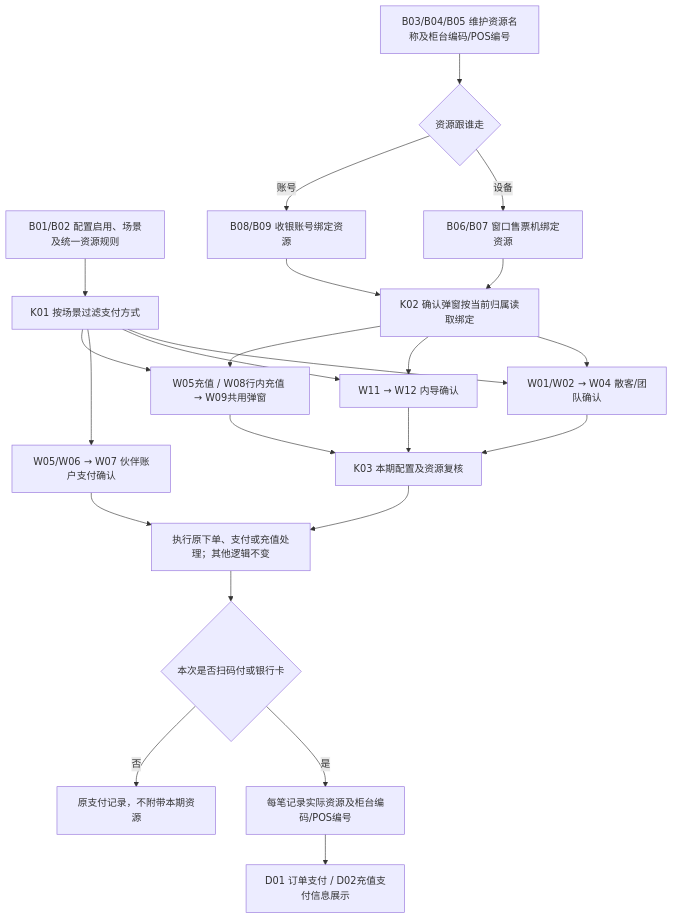
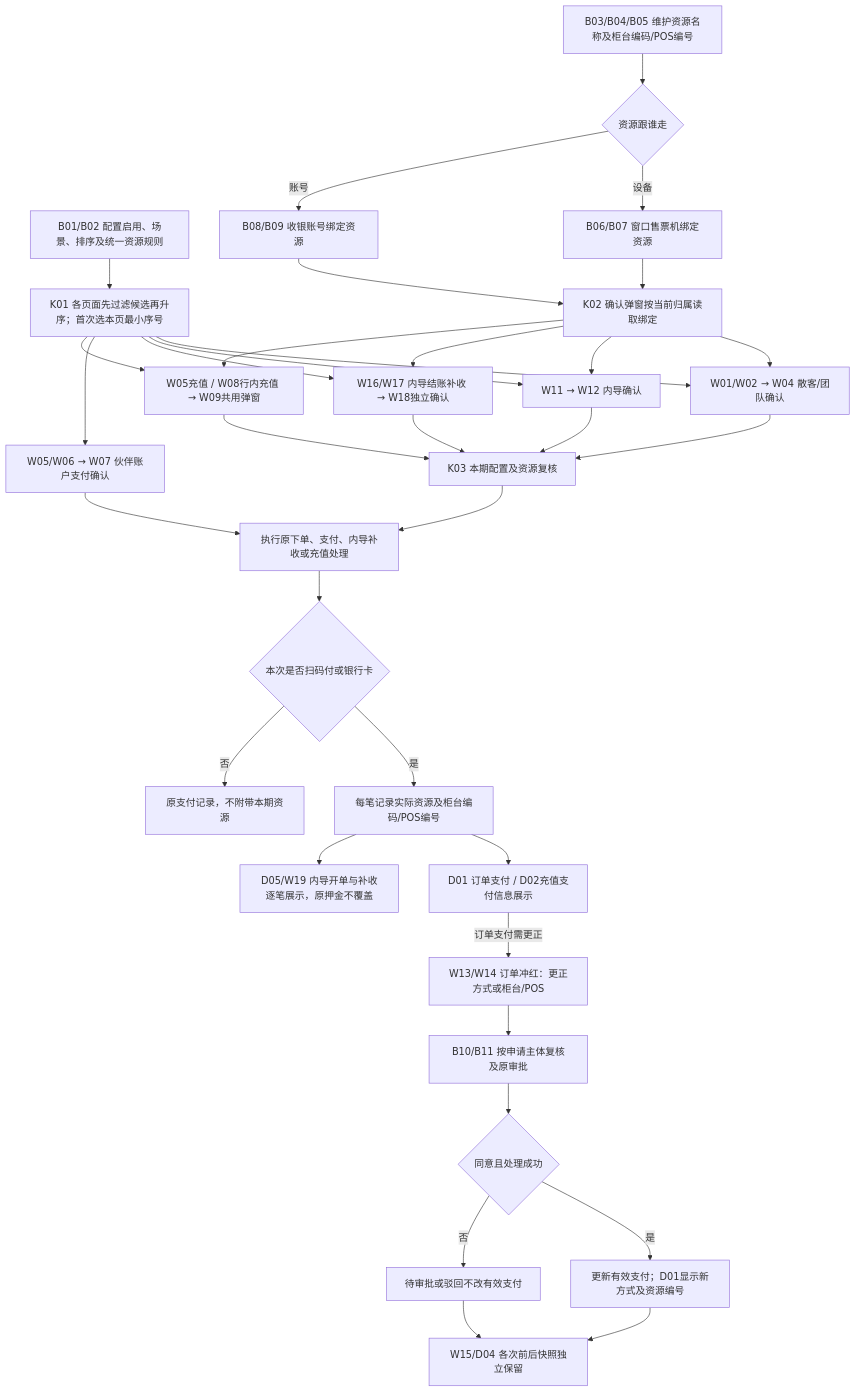
The first of 12 diagrams in dev-test-versions/2026-v3.6-payment-configuration-20261019/02-全程流程图.md (susantung/yanuoda), drawn with Mermaid before and after one commit. The commit also changed other lines of this file and 33 other files, not shown here.

````diff
--- a/dev-test-versions/2026-v3.6-payment-configuration-20261019/02-全程流程图.md
+++ b/dev-test-versions/2026-v3.6-payment-configuration-20261019/02-全程流程图.md
@@ -11,25 +11,36 @@
 ```mermaid
 flowchart TB
-  B01[B01/B02 配置启用、场景及统一资源规则] --> FILTER[K01 按场景过滤支付方式]
+  B01[B01/B02 配置启用、场景、排序及统一资源规则] --> FILTER[K01 各页面先过滤候选再升序；首次选本页最小序号]
   B03[B03/B04/B05 维护资源名称及柜台编码/POS编号] --> OWNER{资源跟谁走}
   OWNER -->|设备| B07[B06/B07 窗口售票机绑定资源]
   OWNER -->|账号| B09[B08/B09 收银账号绑定资源]
   B07 --> K02[K02 确认弹窗按当前归属读取绑定]
   B09 --> K02
   FILTER --> W04[W01/W02 → W04 散客/团队确认]
   FILTER --> W12[W11 → W12 内导确认]
+  FILTER --> W18[W16/W17 内导结账补收 → W18独立确认]
   FILTER --> W07[W05/W06 → W07 伙伴账户支付确认]
   FILTER --> W09[W05充值 / W08行内充值 → W09共用弹窗]
   K02 --> W04
   K02 --> W12
+  K02 --> W18
   K02 --> W09
   W04 --> CHECK[K03 本期配置及资源复核]
   W12 --> CHECK
+  W18 --> CHECK
   W09 --> CHECK
-  CHECK --> ORIG[执行原下单、支付或充值处理；其他逻辑不变]
+  CHECK --> ORIG[执行原下单、支付、内导补收或充值处理]
   W07 --> ORIG
   ORIG --> RECORD{本次是否扫码付或银行卡}
   RECORD -->|是| SNAP[每笔记录实际资源及柜台编码/POS编号]
   RECORD -->|否| UNCHANGED[原支付记录，不附带本期资源]
   SNAP --> D01[D01 订单支付 / D02充值支付信息展示]
+  SNAP --> D05[D05/W19 内导开单与补收逐笔展示，原押金不覆盖]
+  D01 -->|订单支付需更正| REV[W13/W14 订单冲红：更正方式或柜台/POS]
+  REV --> REVIEW[B10/B11 按申请主体复核及原审批]
+  REVIEW --> EFFECT{同意且处理成功}
+  EFFECT -->|是| UPDATE[更新有效支付；D01显示新方式及资源编号]
+  EFFECT -->|否| KEEP[待审批或驳回不改有效支付]
+  UPDATE --> HISTORY[W15/D04 各次前后快照独立保留]
+  KEEP --> HISTORY
 ```
````
